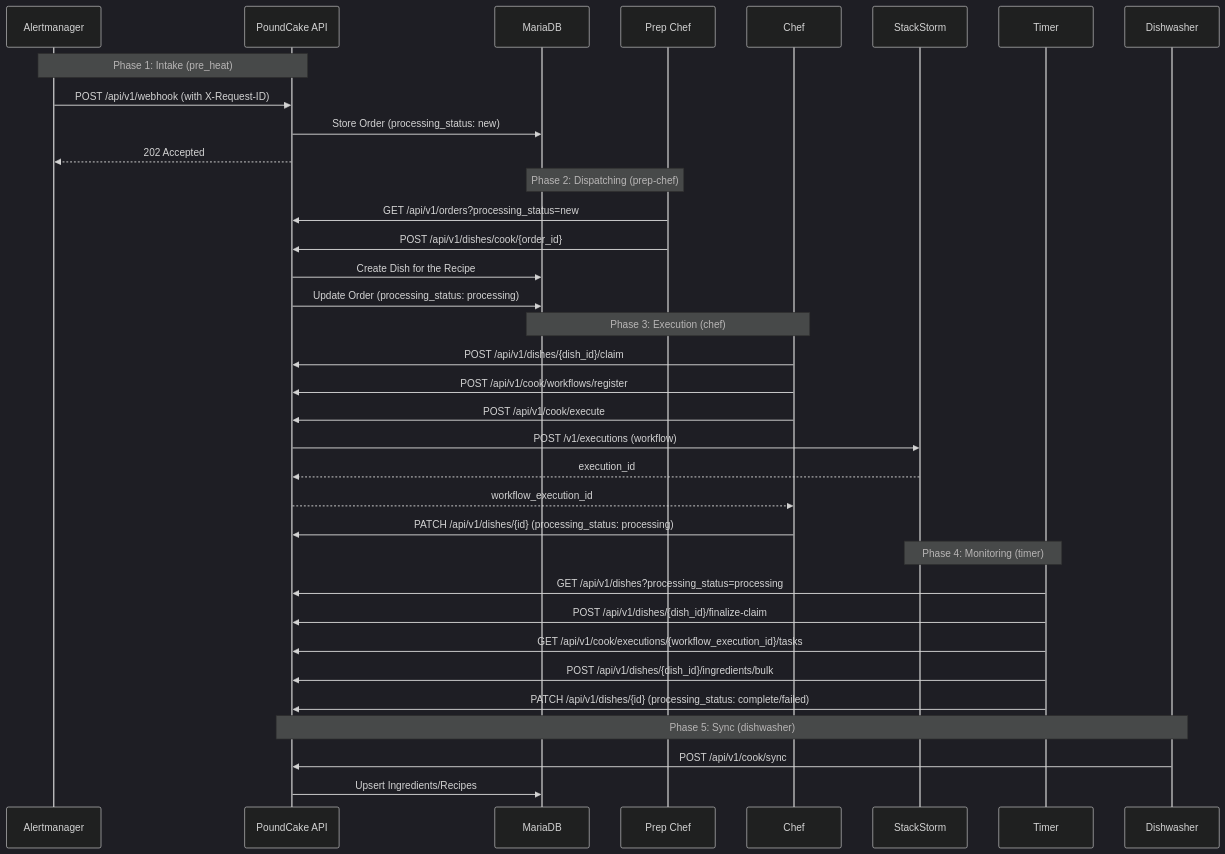
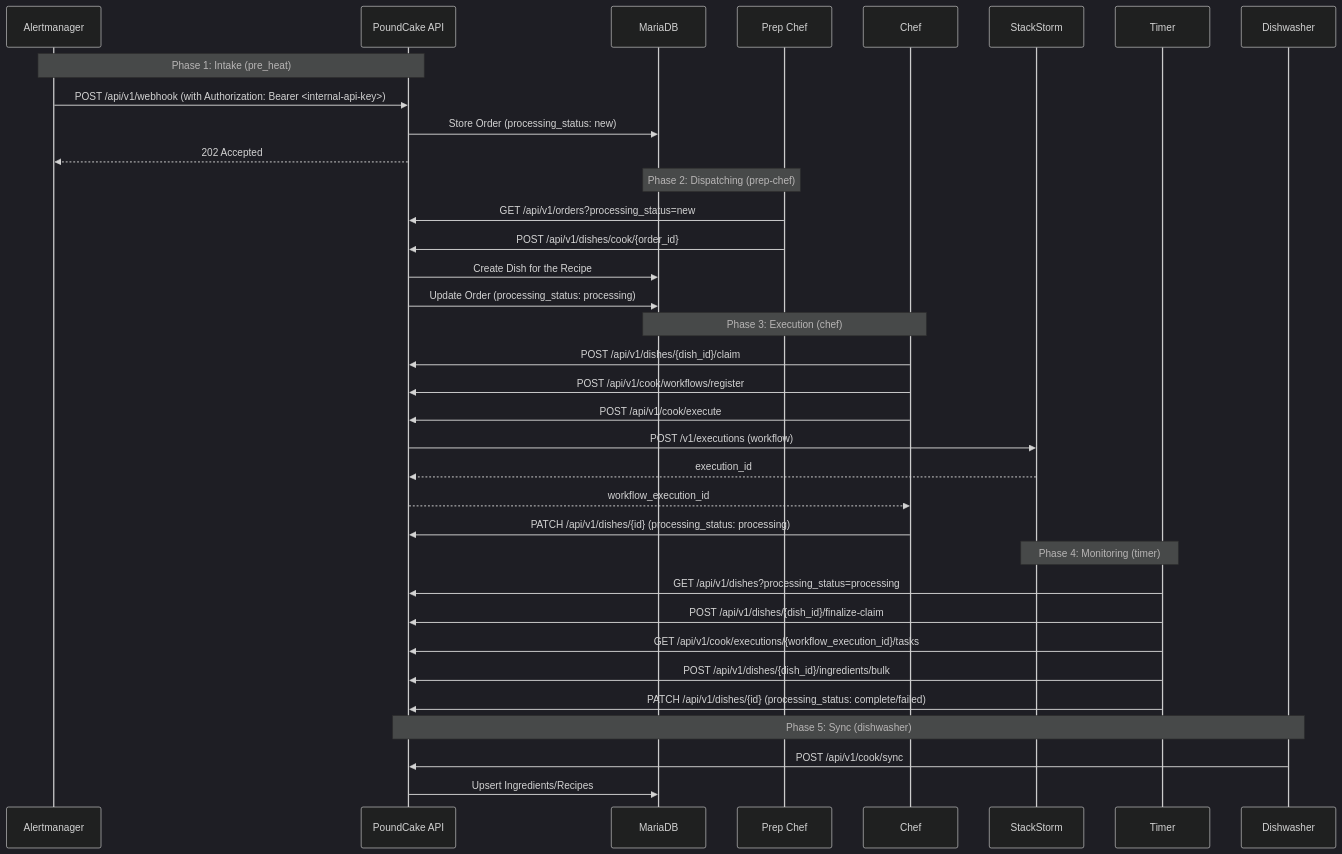
The first of 4 diagrams in README.md (rackerlabs/bakery), drawn with Mermaid (dark theme) before and after one commit. The commit also changed 8 other files, not shown here.

Commit message:
Fix UI API paths/auth flow and align alert ingestion; release 2.0.63

````diff
--- a/README.md
+++ b/README.md
@@ -11,42 +11,42 @@
 ```mermaid
 sequenceDiagram
     participant AM as Alertmanager
     participant API as PoundCake API
     participant DB as MariaDB
     participant PC as Prep Chef
     participant C as Chef
     participant ST2 as StackStorm
     participant T as Timer
     participant DW as Dishwasher
 
     Note over AM, API: Phase 1: Intake (pre_heat)
-    AM->>API: POST /api/v1/webhook (with X-Request-ID)
+    AM->>API: POST /api/v1/webhook (with Authorization: Bearer <internal-api-key>)
     API->>DB: Store Order (processing_status: new)
     API-->>AM: 202 Accepted
 
     Note over DB, PC: Phase 2: Dispatching (prep-chef)
     PC->>API: GET /api/v1/orders?processing_status=new
     PC->>API: POST /api/v1/dishes/cook/{order_id}
     API->>DB: Create Dish for the Recipe
     API->>DB: Update Order (processing_status: processing)
 
     Note over DB, C: Phase 3: Execution (chef)
     C->>API: POST /api/v1/dishes/{dish_id}/claim
     C->>API: POST /api/v1/cook/workflows/register
     C->>API: POST /api/v1/cook/execute
     API->>ST2: POST /v1/executions (workflow)
     ST2-->>API: execution_id
     API-->>C: workflow_execution_id
     C->>API: PATCH /api/v1/dishes/{id} (processing_status: processing)
 
     Note over ST2, T: Phase 4: Monitoring (timer)
     T->>API: GET /api/v1/dishes?processing_status=processing
     T->>API: POST /api/v1/dishes/{dish_id}/finalize-claim
     T->>API: GET /api/v1/cook/executions/{workflow_execution_id}/tasks
     T->>API: POST /api/v1/dishes/{dish_id}/ingredients/bulk
     T->>API: PATCH /api/v1/dishes/{id} (processing_status: complete/failed)
 
     Note over API, DW: Phase 5: Sync (dishwasher)
     DW->>API: POST /api/v1/cook/sync
     API->>DB: Upsert Ingredients/Recipes
 ```
````
